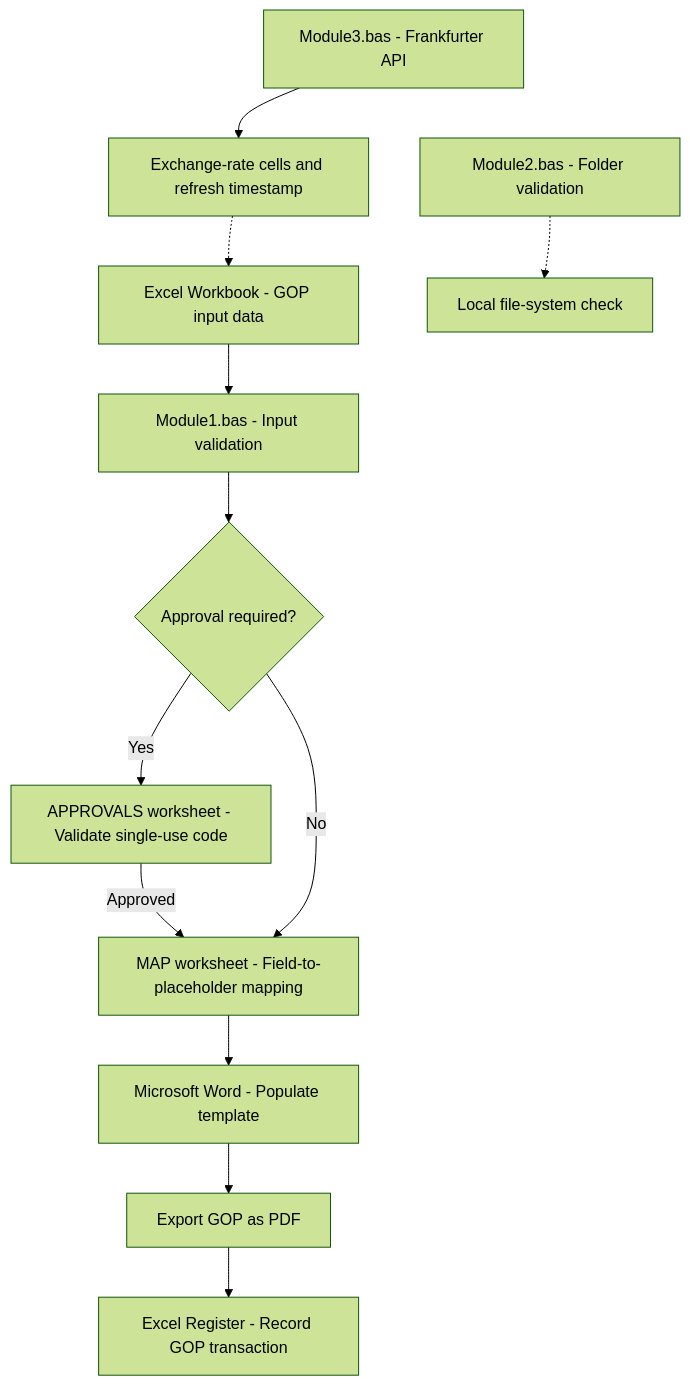
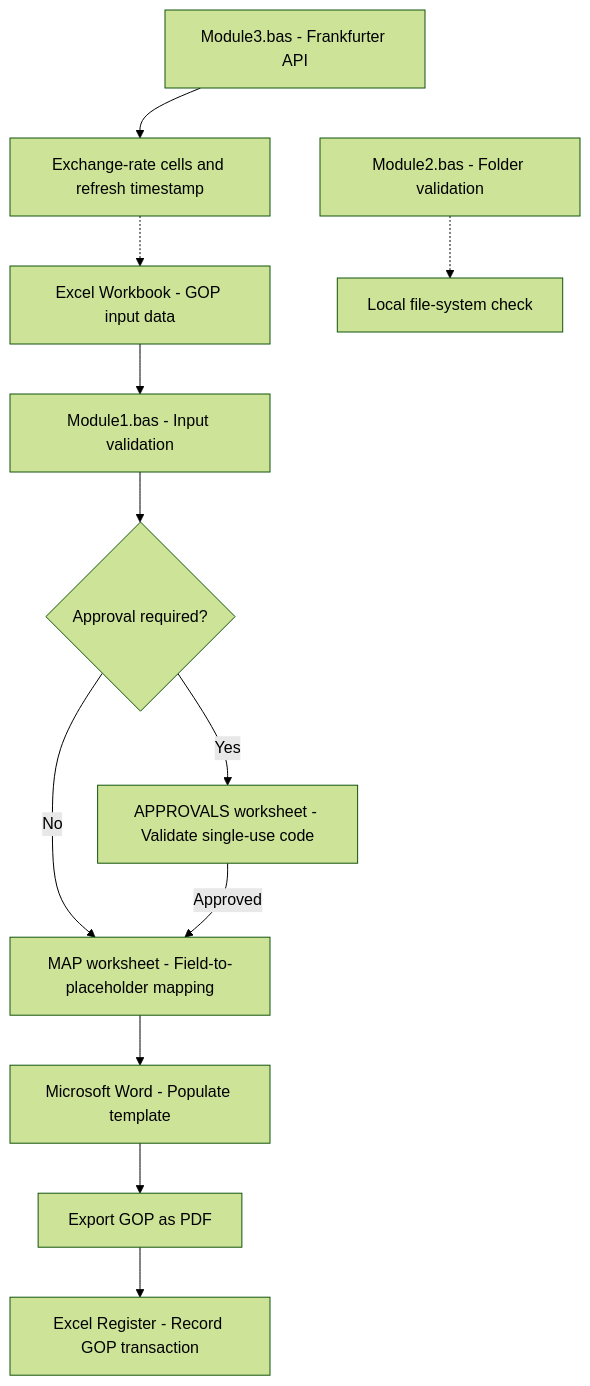
Before and after one commit to LebsLabs/GOP-Generator: the diagram in docs/ARCHITECTURE.md, drawn with Mermaid (forest theme).

Commit message:
Clean up architecture documentation
Removed an unnecessary line from the architecture documentation.

````diff
--- a/docs/ARCHITECTURE.md
+++ b/docs/ARCHITECTURE.md
@@ -25,19 +25,19 @@
 ```mermaid
 flowchart TD
     A["Excel Workbook - GOP input data"] --> B["Module1.bas - Input validation"]
     B --> C{"Approval required?"}
     C -->|Yes| D["APPROVALS worksheet - Validate single-use code"]
     C -->|No| E["MAP worksheet - Field-to-placeholder mapping"]
     D -->|Approved| E
     E --> F["Microsoft Word - Populate template"]
     F --> G["Export GOP as PDF"]
     G --> H["Excel Register - Record GOP transaction"]
 
     I["Module3.bas - Frankfurter API"] --> J["Exchange-rate cells and refresh timestamp"]
     J -.-> A
     
     K["Module2.bas - Folder validation"] -.-> L["Local file-system check"]
 
     I ~~~ K
-    J ~~~ L
+    
 ```
````
